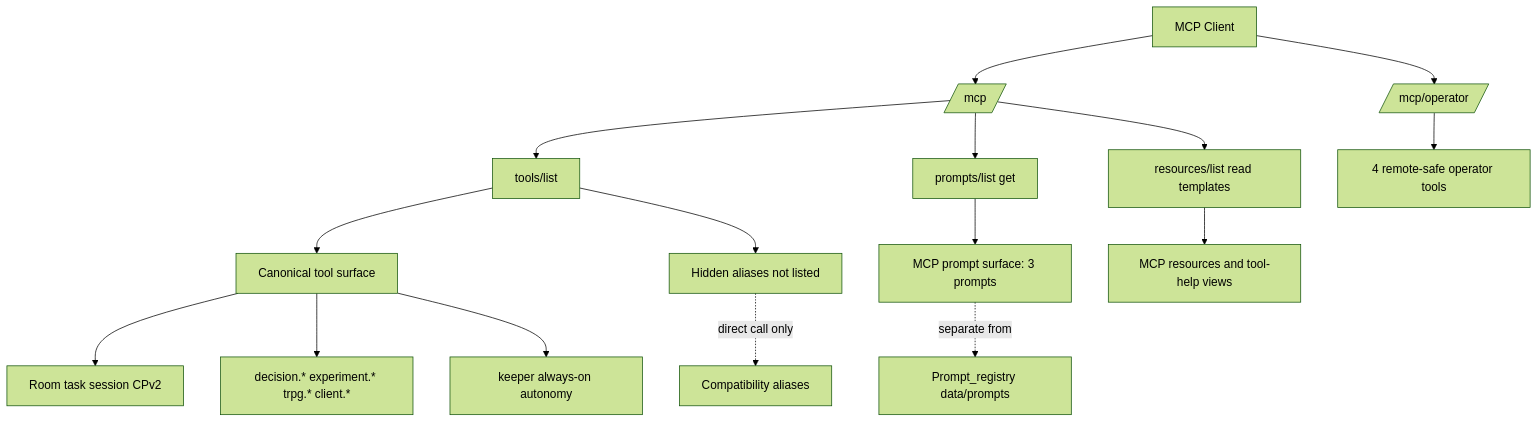
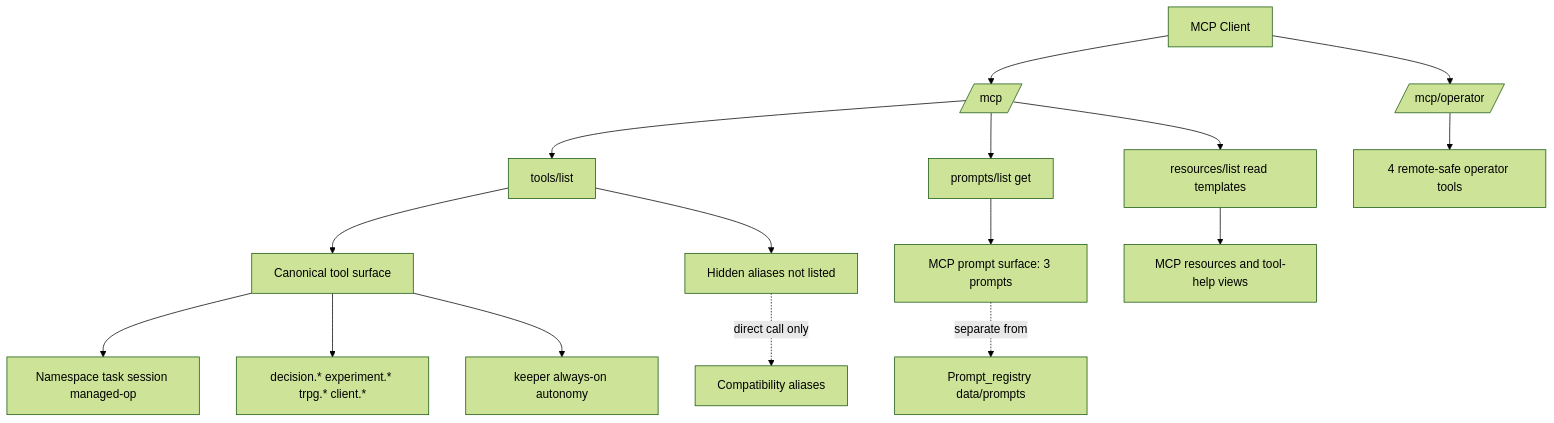
The first of 5 diagrams in docs/MCP-SURFACE-AUDIT.md (jeong-sik/masc), drawn with Mermaid (forest theme) before and after one commit. The commit also changed other lines of this file and 28 other files, not shown here.

````diff
--- a/docs/MCP-SURFACE-AUDIT.md
+++ b/docs/MCP-SURFACE-AUDIT.md
@@ -61,24 +61,24 @@
 ```mermaid
 flowchart TD
   Client[MCP Client] --> MCP[/mcp/]
   Client --> Operator[/mcp/operator/]
 
   MCP --> TL[tools/list]
   MCP --> PL[prompts/list get]
   MCP --> RL[resources/list read templates]
 
   TL --> Canon[Canonical tool surface]
   TL --> Hidden[Hidden aliases not listed]
 
-  Canon --> Core[Room task session CPv2]
+  Canon --> Core[Namespace task session managed-op]
   Canon --> GameView[decision.* experiment.* trpg.* client.*]
   Canon --> Ecosystem[keeper always-on autonomy]
 
   PL --> PromptSurface[MCP prompt surface: 3 prompts]
   RL --> ResourceSurface[MCP resources and tool-help views]
 
   Operator --> Remote4[4 remote-safe operator tools]
 
   Hidden -. direct call only .-> Compat[Compatibility aliases]
   PromptSurface -. separate from .-> InternalPrompts[Prompt_registry data/prompts]
 ```
````
